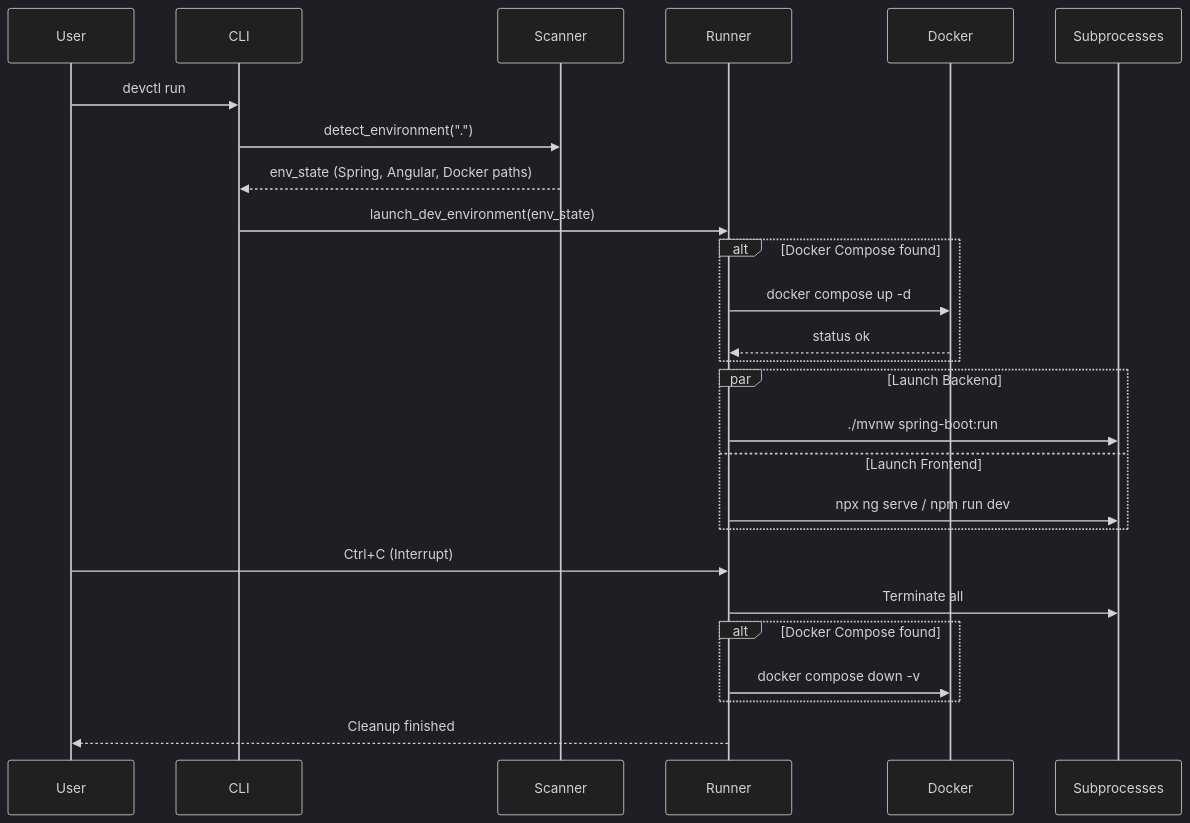
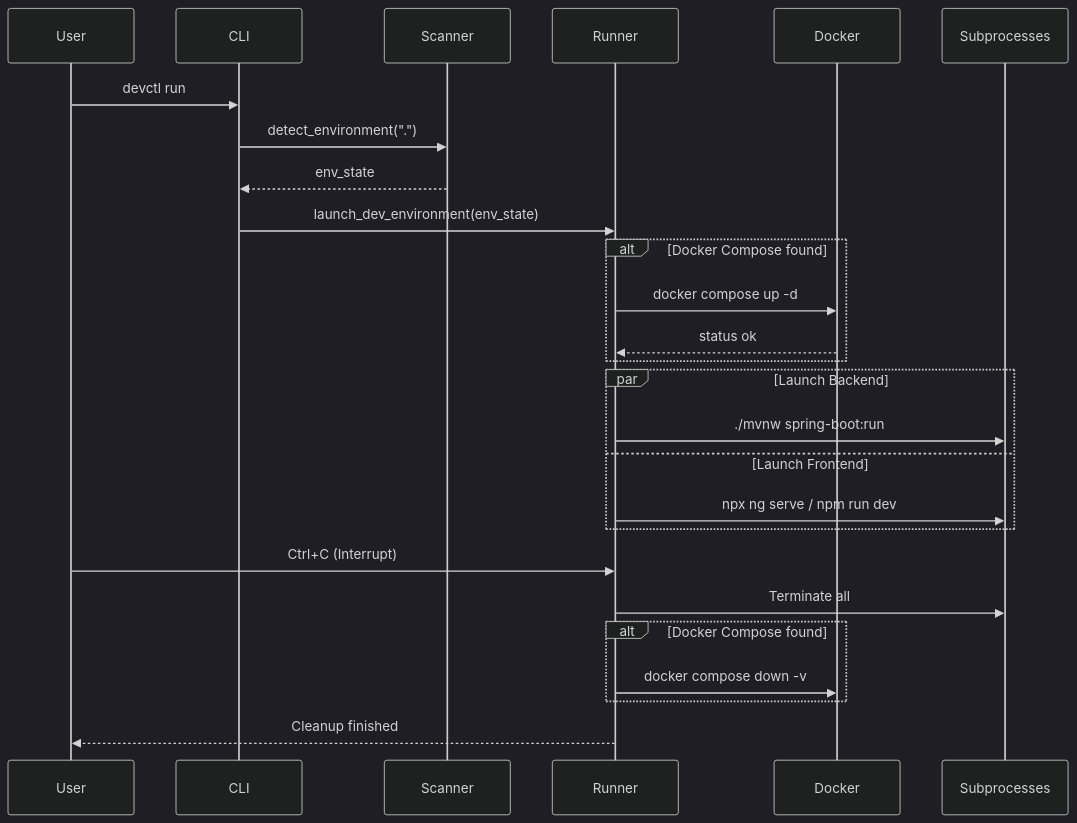
The third of 4 diagrams in devctl/README.md (yss-ef/devctl), drawn with Mermaid (dark theme) before and after one commit. The commit also changed other lines of this file and 4 other files, not shown here.

````diff
--- a/devctl/README.md
+++ b/devctl/README.md
@@ -68,32 +72,32 @@
 ```mermaid
 sequenceDiagram
     participant User
     participant CLI
     participant Scanner
     participant Runner
     participant Docker
     participant Subprocesses
 
     User->>CLI: devctl run
     CLI->>Scanner: detect_environment(".")
-    Scanner-->>CLI: env_state (Spring, Angular, Docker paths)
+    Scanner-->>CLI: env_state
     CLI->>Runner: launch_dev_environment(env_state)
     
     alt Docker Compose found
         Runner->>Docker: docker compose up -d
         Docker-->>Runner: status ok
     end
     
     par Launch Backend
         Runner->>Subprocesses: ./mvnw spring-boot:run
     and Launch Frontend
         Runner->>Subprocesses: npx ng serve / npm run dev
     end
     
     User->>Runner: Ctrl+C (Interrupt)
     Runner->>Subprocesses: Terminate all
     alt Docker Compose found
         Runner->>Docker: docker compose down -v
     end
     Runner-->>User: Cleanup finished
 ```
````
